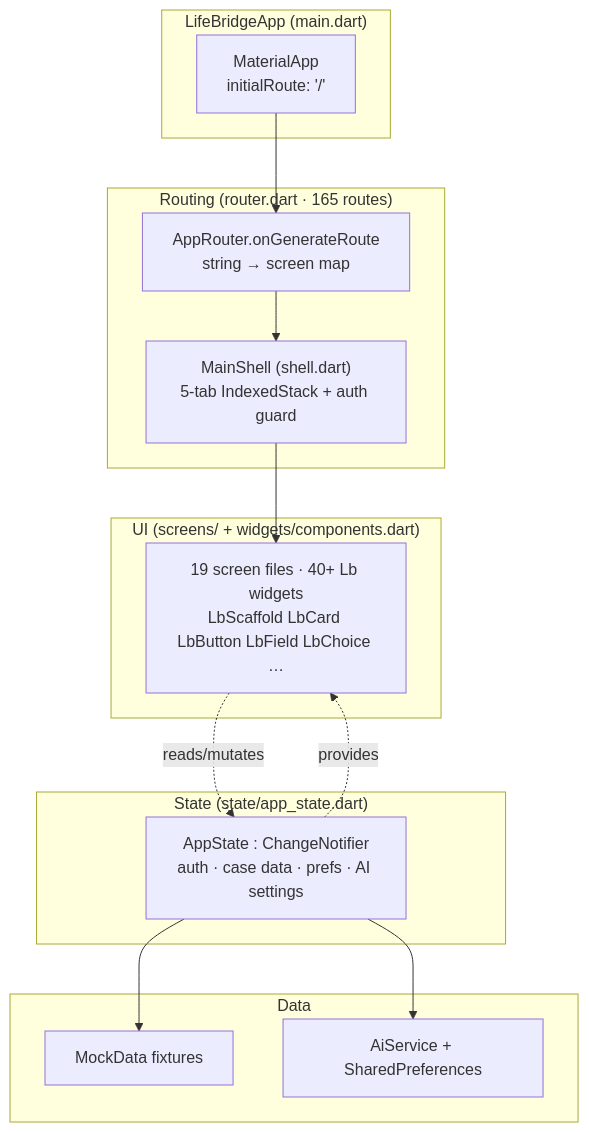
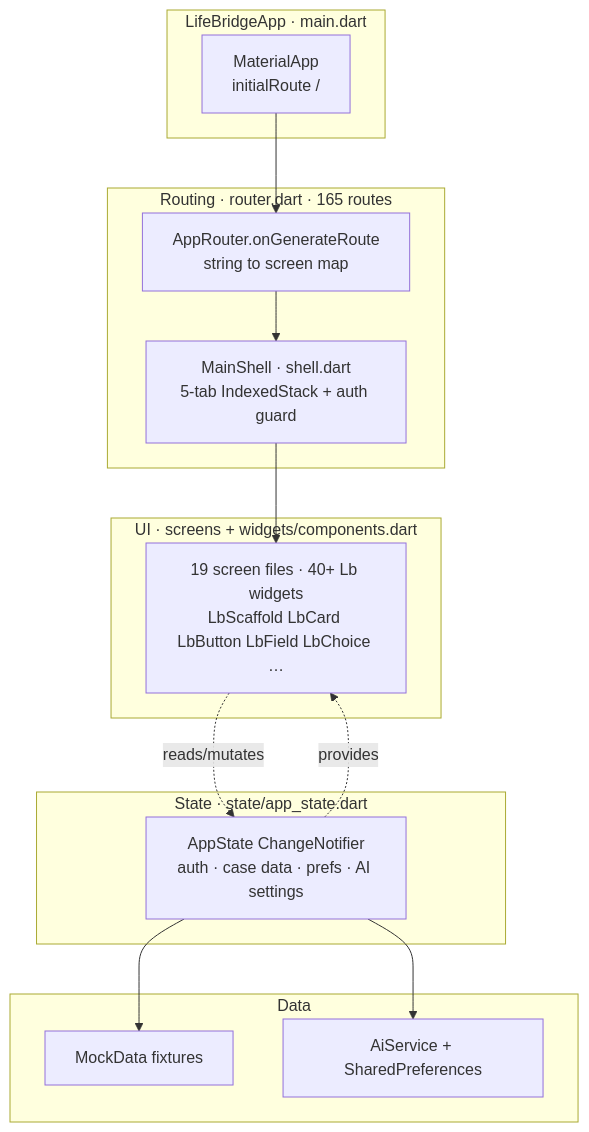
One commit to student-arch/lifebridge changed the second of 3 diagrams in README.md. Above: the diagram before and after it, drawn with Mermaid. The commit also changed other lines of this file, not shown here.

Commit message:
Fix Mermaid diagrams for GitHub rendering
- Remove parentheses from flowchart node labels (breaks GitHub's
  Mermaid parser); validated all 3 diagrams with the real parser

````diff
--- a/README.md
+++ b/README.md
@@ -90,25 +90,25 @@
 ```mermaid
 flowchart TB
-    subgraph App["LifeBridgeApp (main.dart)"]
-        MS["MaterialApp<br/>initialRoute: '/'"]
+    subgraph App["LifeBridgeApp · main.dart"]
+        MS["MaterialApp<br/>initialRoute /"]
     end
-    subgraph State["State (state/app_state.dart)"]
-        AS["AppState : ChangeNotifier<br/>auth · case data · prefs · AI settings"]
+    subgraph State["State · state/app_state.dart"]
+        AS["AppState ChangeNotifier<br/>auth · case data · prefs · AI settings"]
     end
-    subgraph Nav["Routing (router.dart · 165 routes)"]
-        R["AppRouter.onGenerateRoute<br/>string → screen map"]
-        SH["MainShell (shell.dart)<br/>5-tab IndexedStack + auth guard"]
+    subgraph Nav["Routing · router.dart · 165 routes"]
+        R["AppRouter.onGenerateRoute<br/>string to screen map"]
+        SH["MainShell · shell.dart<br/>5-tab IndexedStack + auth guard"]
     end
-    subgraph UI["UI (screens/ + widgets/components.dart)"]
+    subgraph UI["UI · screens + widgets/components.dart"]
         SCR["19 screen files · 40+ Lb widgets<br/>LbScaffold LbCard LbButton LbField LbChoice …"]
     end
     subgraph Data["Data"]
         MD["MockData fixtures"]
         SVC["AiService + SharedPreferences"]
     end
     MS --> R --> SH --> SCR
     AS -. provides .-> SCR
     SCR -. reads/mutates .-> AS
     AS --> MD
     AS --> SVC
 ```
````
